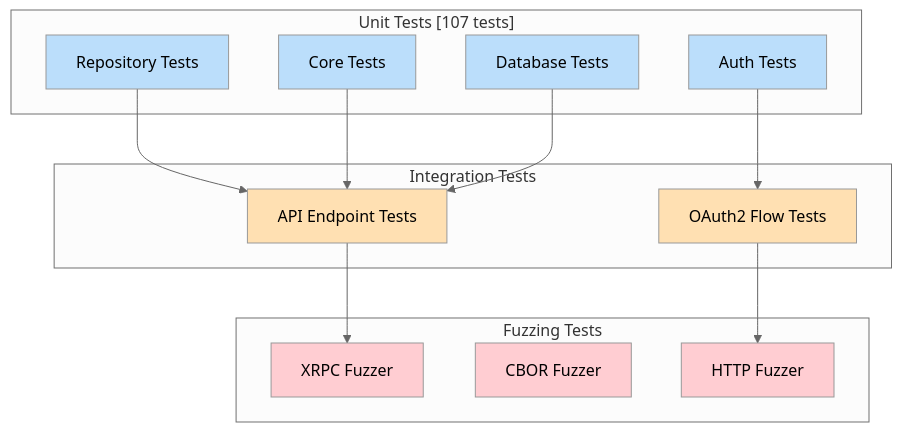
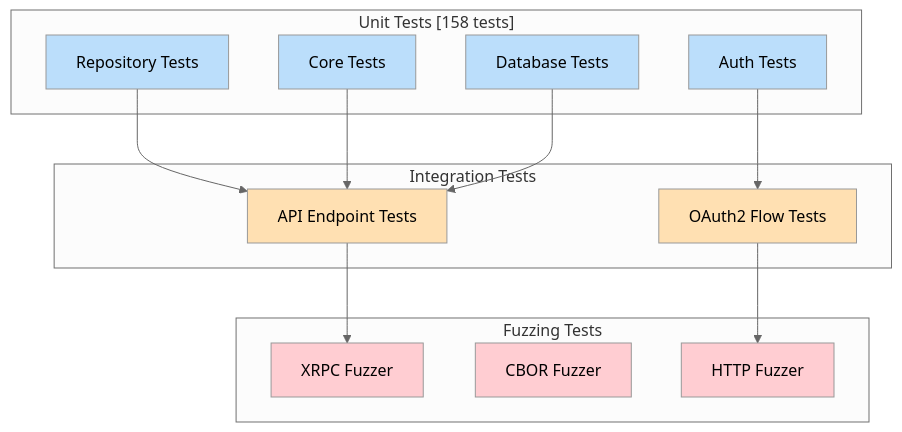
One commit to jvalinsky/garazyk changed the second of 8 diagrams in docs/guides/DEVELOPMENT_WORKFLOWS.md. Above: the diagram before and after it, drawn with Mermaid (neutral theme). The commit also changed 19 other files, not shown here.

````diff
--- a/docs/guides/DEVELOPMENT_WORKFLOWS.md
+++ b/docs/guides/DEVELOPMENT_WORKFLOWS.md
@@ -32,37 +32,37 @@
 ```mermaid
 flowchart TD
-    subgraph "Unit Tests [107 tests]"
+    subgraph "Unit Tests [158 tests]"
         U1[Repository Tests]
         U2[Auth Tests]
         U3[Core Tests]
         U4[Database Tests]
     end
     
     subgraph "Integration Tests"
         I1[API Endpoint Tests]
         I2[OAuth2 Flow Tests]
     end
     
     subgraph "Fuzzing Tests"
         F1[XRPC Fuzzer]
         F2[CBOR Fuzzer]
         F3[HTTP Fuzzer]
     end
     
     U1 --> I1
     U2 --> I2
     U3 --> I1
     U4 --> I1
     I1 --> F1
     I2 --> F3
     
     style U1 fill:#bbdefb
     style U2 fill:#bbdefb
     style U3 fill:#bbdefb
     style U4 fill:#bbdefb
     style I1 fill:#ffe0b2
     style I2 fill:#ffe0b2
     style F1 fill:#ffcdd2
     style F2 fill:#ffcdd2
     style F3 fill:#ffcdd2
 ```
````
